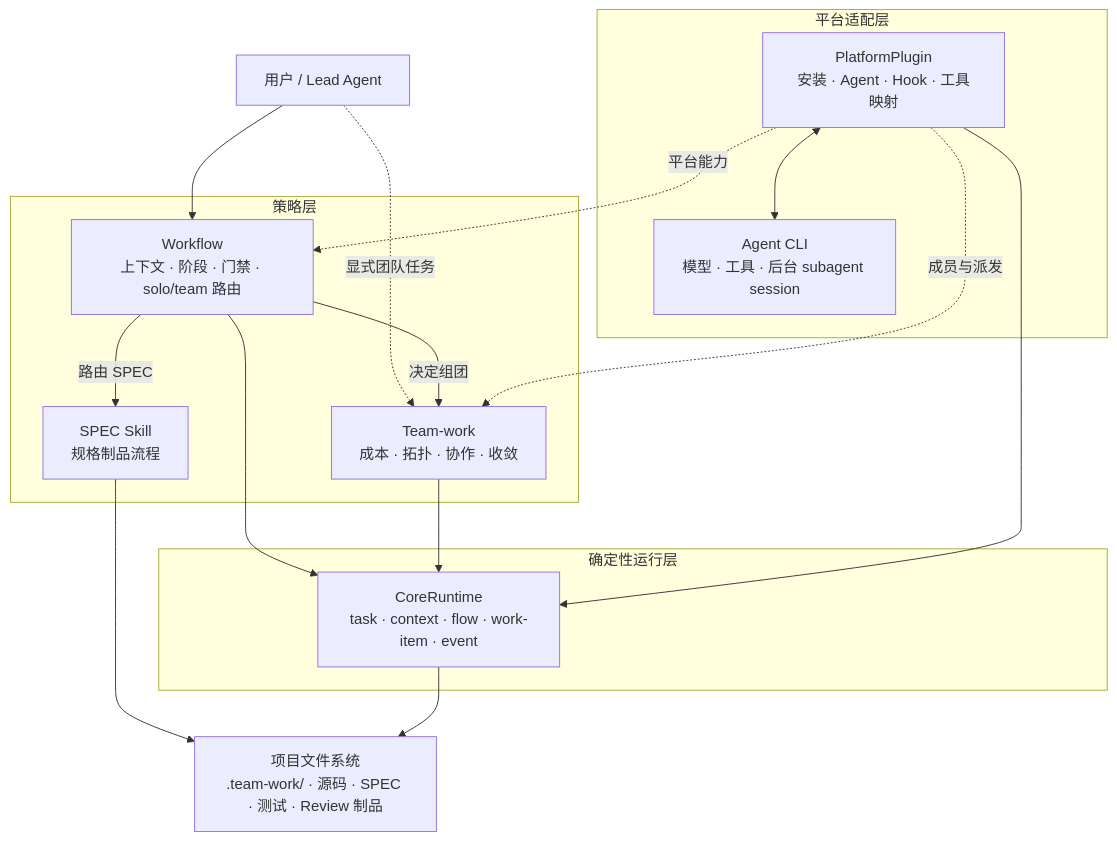
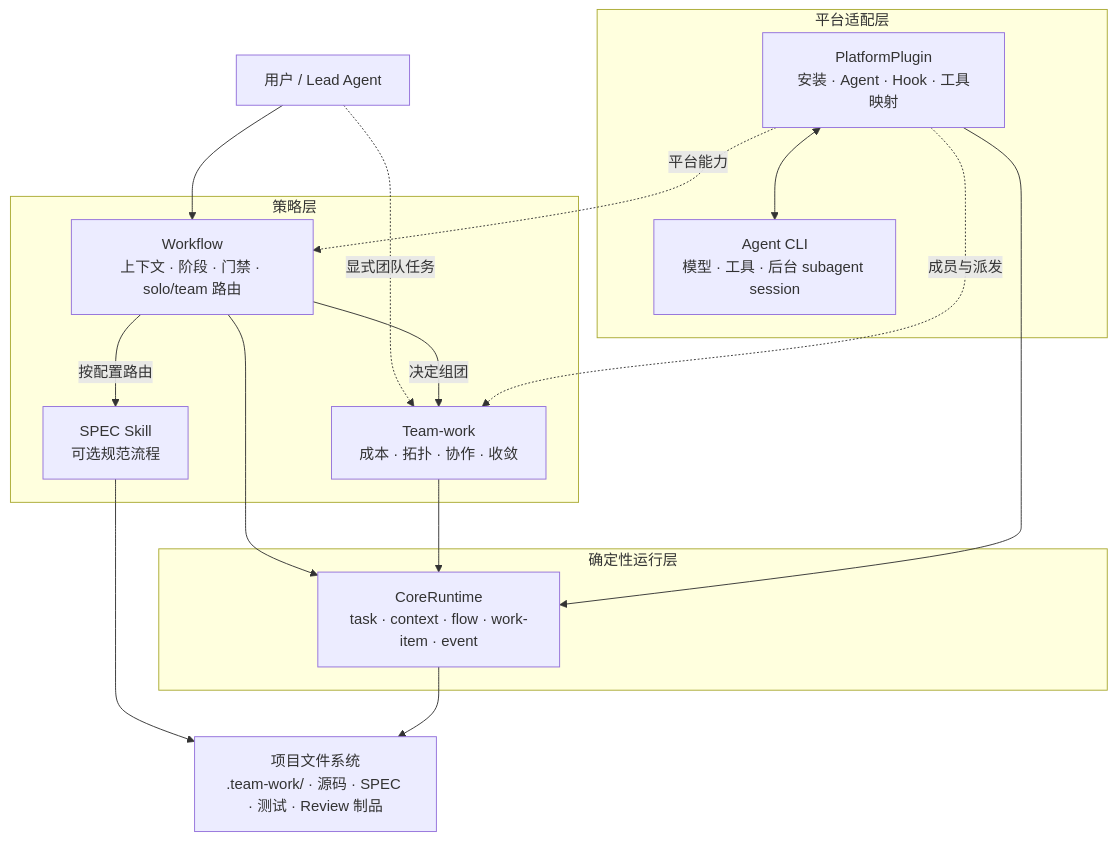
One commit to liyangink/team-work-runtime changed the first of 3 diagrams in README.md. Above: the diagram before and after it, drawn with Mermaid. The commit also changed other lines of this file and 39 other files, not shown here.

````diff
--- a/README.md
+++ b/README.md
@@ -9,34 +9,34 @@
 ```mermaid
 flowchart TB
   User["用户 / Lead Agent"]
 
   subgraph Policy["策略层"]
     Workflow["Workflow<br/>上下文 · 阶段 · 门禁 · solo/team 路由"]
     Teamwork["Team-work<br/>成本 · 拓扑 · 协作 · 收敛"]
-    Spec["SPEC Skill<br/>规格制品流程"]
+    Spec["SPEC Skill<br/>可选规范流程"]
   end
 
   subgraph Runtime["确定性运行层"]
     Core["CoreRuntime<br/>task · context · flow · work-item · event"]
   end
 
   subgraph Platform["平台适配层"]
     Plugin["PlatformPlugin<br/>安装 · Agent · Hook · 工具映射"]
     Host["Agent CLI<br/>模型 · 工具 · 后台 subagent session"]
   end
 
   Files["项目文件系统<br/>.team-work/ · 源码 · SPEC · 测试 · Review 制品"]
 
   User --> Workflow
   User -. "显式团队任务" .-> Teamwork
   Workflow -- "决定组团" --> Teamwork
-  Workflow -- "路由 SPEC" --> Spec
+  Workflow -- "按配置路由" --> Spec
   Workflow --> Core
   Teamwork --> Core
   Plugin -. "平台能力" .-> Workflow
   Plugin -. "成员与派发" .-> Teamwork
   Plugin <--> Host
   Plugin --> Core
   Spec --> Files
   Core --> Files
 ```
````
